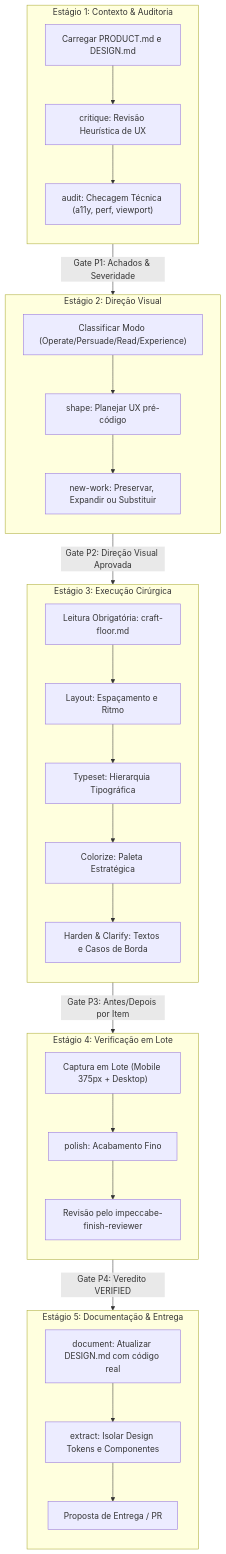
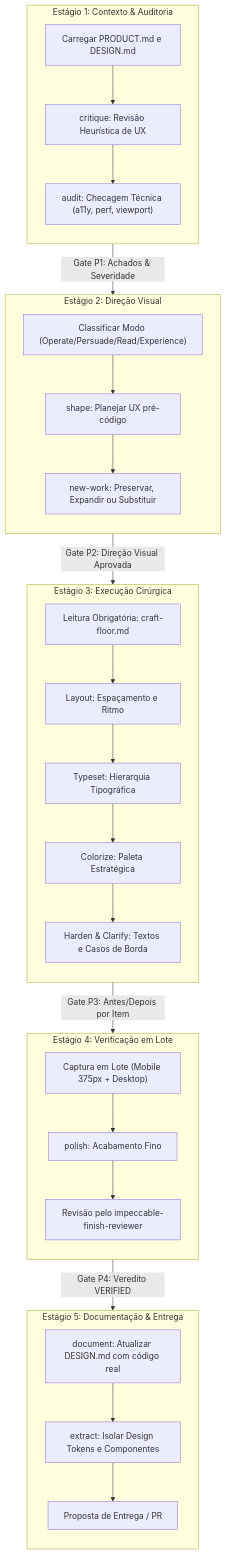
The diagram in docs/manuals/2026-11-01_MANUAL_IMPECCABLE_DESIGN_LOOP.md (heverton-dev/LegoLoop), drawn with Mermaid before and after one commit. The commit also changed 314 other files, not shown here.

````diff
--- a/docs/manuals/2026-11-01_MANUAL_IMPECCABLE_DESIGN_LOOP.md
+++ b/docs/manuals/2026-11-01_MANUAL_IMPECCABLE_DESIGN_LOOP.md
@@ -41,39 +41,39 @@
 ```mermaid
 flowchart TD
     subgraph Estagio1["Estágio 1: Contexto & Auditoria"]
         direction TB
         A1["Carregar PRODUCT.md e DESIGN.md"] --> A2["critique: Revisão Heurística de UX"]
         A2 --> A3["audit: Checagem Técnica (a11y, perf, viewport)"]
     end
 
     subgraph Estagio2["Estágio 2: Direção Visual"]
         direction TB
         B1["Classificar Modo (Operate/Persuade/Read/Experience)"] --> B2["shape: Planejar UX pré-código"]
         B2 --> B3["new-work: Preservar, Expandir ou Substituir"]
     end
 
     subgraph Estagio3["Estágio 3: Execução Cirúrgica"]
         direction TB
         C1["Leitura Obrigatória: craft-floor.md"] --> C2["Layout: Espaçamento e Ritmo"]
         C2 --> C3["Typeset: Hierarquia Tipográfica"]
         C3 --> C4["Colorize: Paleta Estratégica"]
         C4 --> C5["Harden & Clarify: Textos e Casos de Borda"]
     end
 
     subgraph Estagio4["Estágio 4: Verificação em Lote"]
         direction TB
         D1["Captura em Lote (Mobile 375px + Desktop)"] --> D2["polish: Acabamento Fino"]
-        D2 --> D3["Revisão pelo impeccabe-finish-reviewer"]
+        D2 --> D3["Revisão pelo impeccable-finish-reviewer"]
     end
 
     subgraph Estagio5["Estágio 5: Documentação & Entrega"]
         direction TB
         E1["document: Atualizar DESIGN.md com código real"] --> E2["extract: Isolar Design Tokens e Componentes"]
         E2 --> E3["Proposta de Entrega / PR"]
     end
 
     Estagio1 -->|Gate P1: Achados & Severidade| Estagio2
     Estagio2 -->|Gate P2: Direção Visual Aprovada| Estagio3
     Estagio3 -->|Gate P3: Antes/Depois por Item| Estagio4
     Estagio4 -->|Gate P4: Veredito VERIFIED| Estagio5
 ```
````
